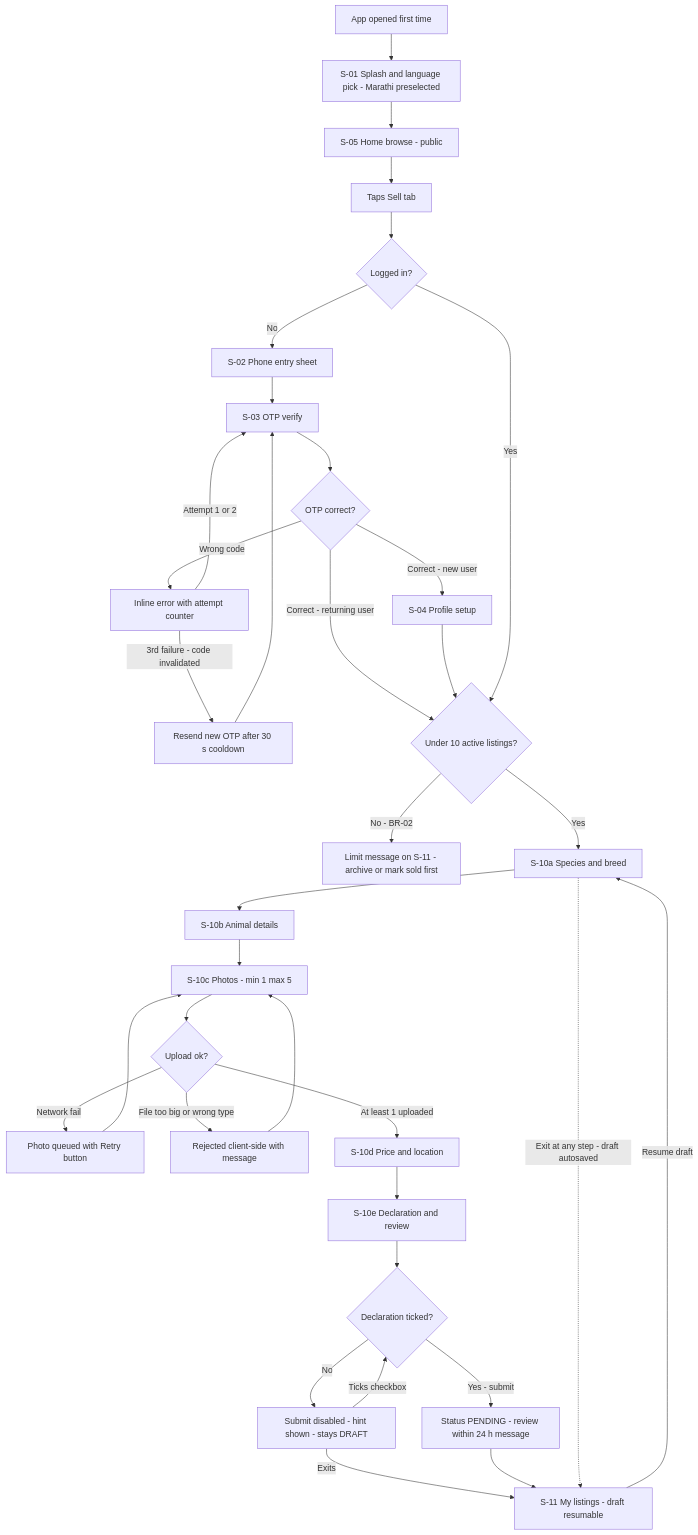
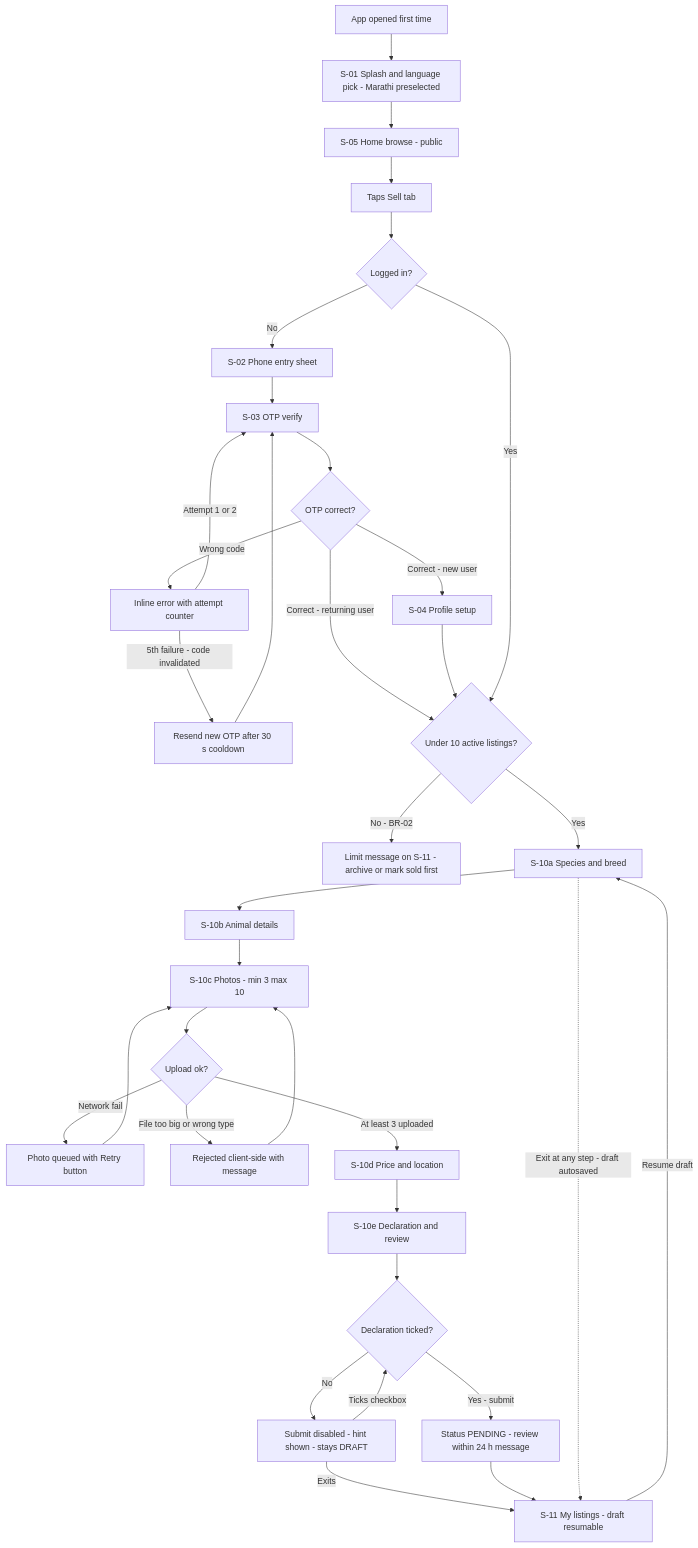
One commit to abhishekSonawane97/pashusetu changed the first of 8 diagrams in docs/06-user-flows/README.md. Above: the diagram before and after it, drawn with Mermaid. The commit also changed other lines of this file and 11 other files, not shown here.

````diff
--- a/docs/06-user-flows/README.md
+++ b/docs/06-user-flows/README.md
@@ -132,37 +138,37 @@
 ```mermaid
 flowchart TD
     A0["App opened first time"] --> S01["S-01 Splash and language pick - Marathi preselected"]
     S01 --> S05["S-05 Home browse - public"]
     S05 --> T1["Taps Sell tab"]
     T1 --> C1{"Logged in?"}
     C1 -->|"No"| S02["S-02 Phone entry sheet"]
     S02 --> S03["S-03 OTP verify"]
     S03 --> C2{"OTP correct?"}
     C2 -->|"Wrong code"| E1["Inline error with attempt counter"]
     E1 -->|"Attempt 1 or 2"| S03
-    E1 -->|"3rd failure - code invalidated"| R1["Resend new OTP after 30 s cooldown"]
+    E1 -->|"5th failure - code invalidated"| R1["Resend new OTP after 30 s cooldown"]
     R1 --> S03
     C2 -->|"Correct - new user"| S04["S-04 Profile setup"]
     C2 -->|"Correct - returning user"| G1{"Under 10 active listings?"}
     S04 --> G1
     C1 -->|"Yes"| G1
     G1 -->|"No - BR-02"| LIM["Limit message on S-11 - archive or mark sold first"]
     G1 -->|"Yes"| W1["S-10a Species and breed"]
     W1 --> W2["S-10b Animal details"]
-    W2 --> W3["S-10c Photos - min 1 max 5"]
+    W2 --> W3["S-10c Photos - min 3 max 10"]
     W3 --> C3{"Upload ok?"}
     C3 -->|"Network fail"| E2["Photo queued with Retry button"]
     E2 --> W3
     C3 -->|"File too big or wrong type"| E3["Rejected client-side with message"]
     E3 --> W3
-    C3 -->|"At least 1 uploaded"| W4["S-10d Price and location"]
+    C3 -->|"At least 3 uploaded"| W4["S-10d Price and location"]
     W4 --> W5["S-10e Declaration and review"]
     W5 --> C4{"Declaration ticked?"}
     C4 -->|"No"| D1["Submit disabled - hint shown - stays DRAFT"]
     D1 -->|"Ticks checkbox"| C4
     D1 -->|"Exits"| S11["S-11 My listings - draft resumable"]
     C4 -->|"Yes - submit"| P1["Status PENDING - review within 24 h message"]
     P1 --> S11
     W1 -.->|"Exit at any step - draft autosaved"| S11
     S11 -->|"Resume draft"| W1
 ```
````
